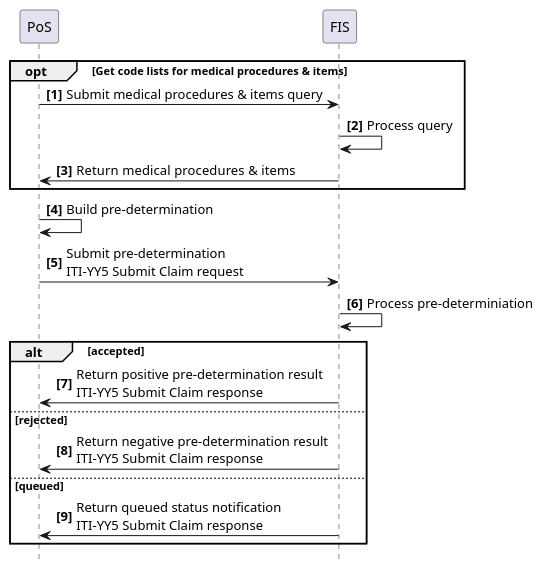
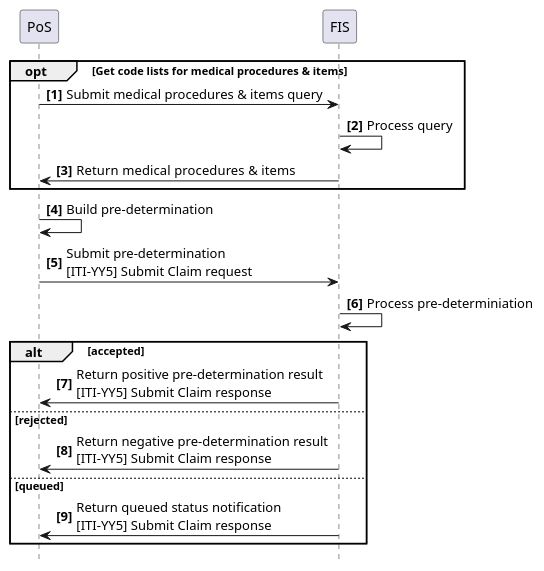
One commit to IHE/ITI.Finance changed the diagram in input/images-source/usecase4-processflow.plantuml. Above: the diagram before and after it, drawn with PlantUML. The commit also changed 7 other files, not shown here.

Commit message:
Fixed typo in transaction numbers in tables and diagrams.  Fixes #10.

```diff
--- a/input/images-source/usecase4-processflow.plantuml
+++ b/input/images-source/usecase4-processflow.plantuml
@@ -1,29 +1,29 @@
 @startuml
 skinparam svgDimensionStyle false
 hide footbox
 autonumber "<b>[0]"
 
 participant PoS
 participant FIS
 
 
 opt Get code lists for medical procedures & items
 	PoS -> FIS: Submit medical procedures & items query
 	FIS -> FIS: Process query
 	FIS -> PoS: Return  medical procedures & items
 end opt
  
 
 PoS -> PoS: Build pre-determination
-PoS -> FIS: Submit pre-determination\nITI-YY5 Submit Claim request
+PoS -> FIS: Submit pre-determination\n&#91;ITI-YY5&#93; Submit Claim request
 FIS -> FIS: Process pre-determiniation
 
 alt accepted
-	FIS -> PoS: Return positive pre-determination result\nITI-YY5 Submit Claim response
+	FIS -> PoS: Return positive pre-determination result\n&#91;ITI-YY5&#93; Submit Claim response
 else rejected
-	FIS -> PoS: Return negative pre-determination result\nITI-YY5 Submit Claim response
+	FIS -> PoS: Return negative pre-determination result\n&#91;ITI-YY5&#93; Submit Claim response
 else queued
-	FIS -> PoS: Return queued status notification\nITI-YY5 Submit Claim response
+	FIS -> PoS: Return queued status notification\n&#91;ITI-YY5&#93; Submit Claim response
 end
 
 @enduml
```
